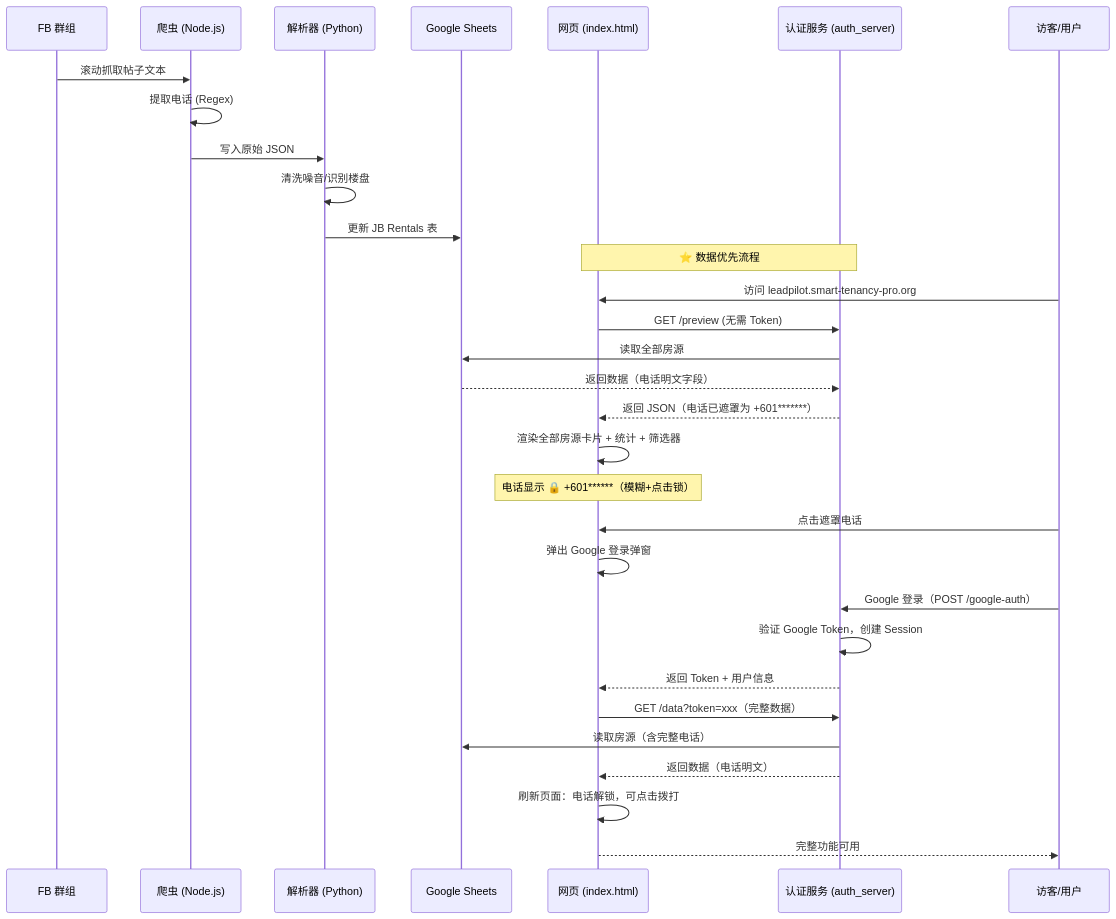
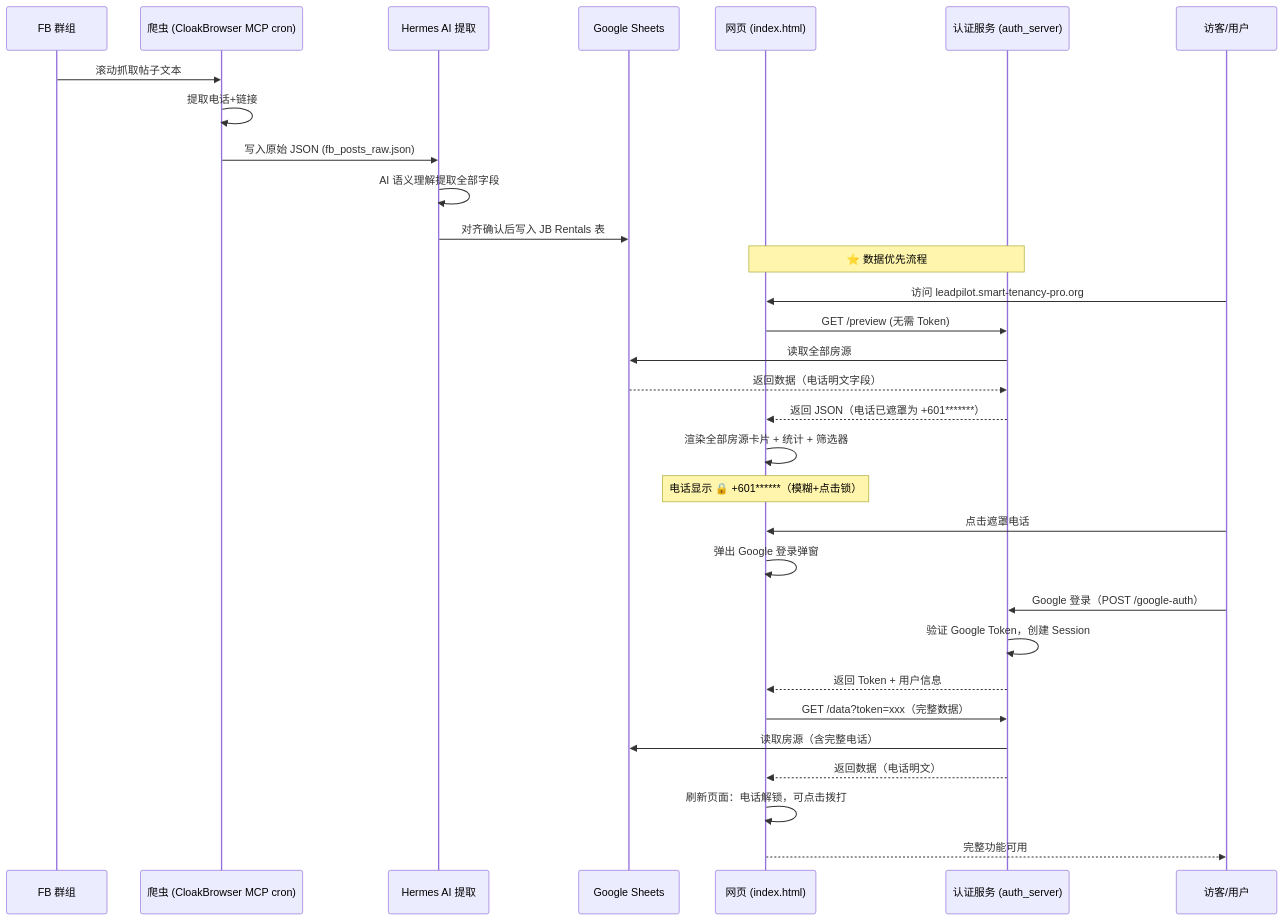
Before and after one commit to reinocheong/leadpilot: the second of 2 diagrams in ARCHITECTURE.md, drawn with Mermaid. The commit also changed other lines of this file and 44 other files, not shown here.

````diff
--- a/ARCHITECTURE.md
+++ b/ARCHITECTURE.md
@@ -59,37 +59,37 @@
 ```mermaid
 sequenceDiagram
     participant FB as FB 群组
-    participant Scraper as 爬虫 (Node.js)
-    participant Parser as 解析器 (Python)
+    participant Scraper as 爬虫 (CloakBrowser MCP cron)
+    participant AI as Hermes AI 提取
     participant Sheets as Google Sheets
     participant Web as 网页 (index.html)
     participant Auth as 认证服务 (auth_server)
     participant User as 访客/用户
 
     FB->>Scraper: 滚动抓取帖子文本
-    Scraper->>Scraper: 提取电话 (Regex)
-    Scraper->>Parser: 写入原始 JSON
-    Parser->>Parser: 清洗噪音/识别楼盘
-    Parser->>Sheets: 更新 JB Rentals 表
+    Scraper->>Scraper: 提取电话+链接
+    Scraper->>AI: 写入原始 JSON (fb_posts_raw.json)
+    AI->>AI: AI 语义理解提取全部字段
+    AI->>Sheets: 对齐确认后写入 JB Rentals 表
 
     Note over Web,Auth: ⭐ 数据优先流程
     User->>Web: 访问 leadpilot.smart-tenancy-pro.org
     Web->>Auth: GET /preview (无需 Token)
     Auth->>Sheets: 读取全部房源
     Sheets-->>Auth: 返回数据（电话明文字段）
     Auth-->>Web: 返回 JSON（电话已遮罩为 +601*******）
     Web->>Web: 渲染全部房源卡片 + 统计 + 筛选器
     Note over Web: 电话显示 🔒 +601******（模糊+点击锁）
 
     User->>Web: 点击遮罩电话
     Web->>Web: 弹出 Google 登录弹窗
     User->>Auth: Google 登录（POST /google-auth）
     Auth->>Auth: 验证 Google Token，创建 Session
     Auth-->>Web: 返回 Token + 用户信息
 
     Web->>Auth: GET /data?token=xxx（完整数据）
     Auth->>Sheets: 读取房源（含完整电话）
     Auth-->>Web: 返回数据（电话明文）
     Web->>Web: 刷新页面：电话解锁，可点击拨打
     Web-->>User: 完整功能可用
 ```
````
